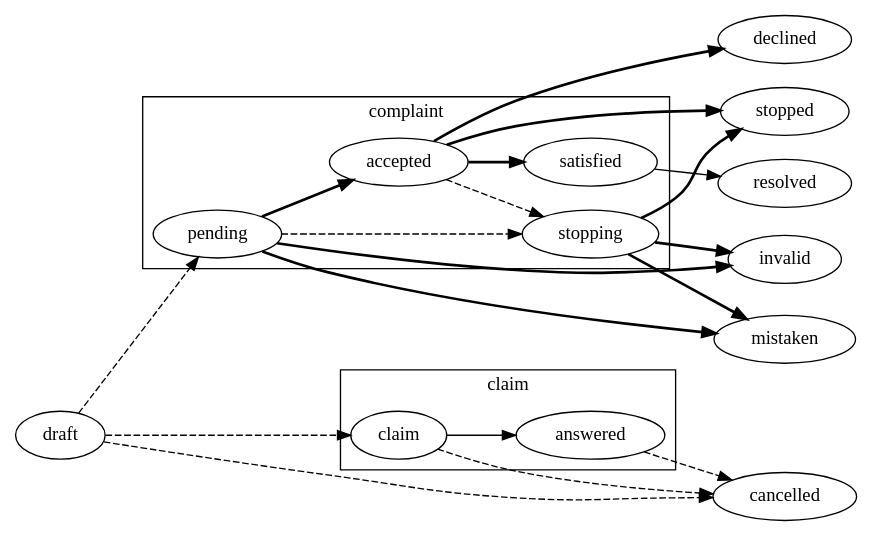
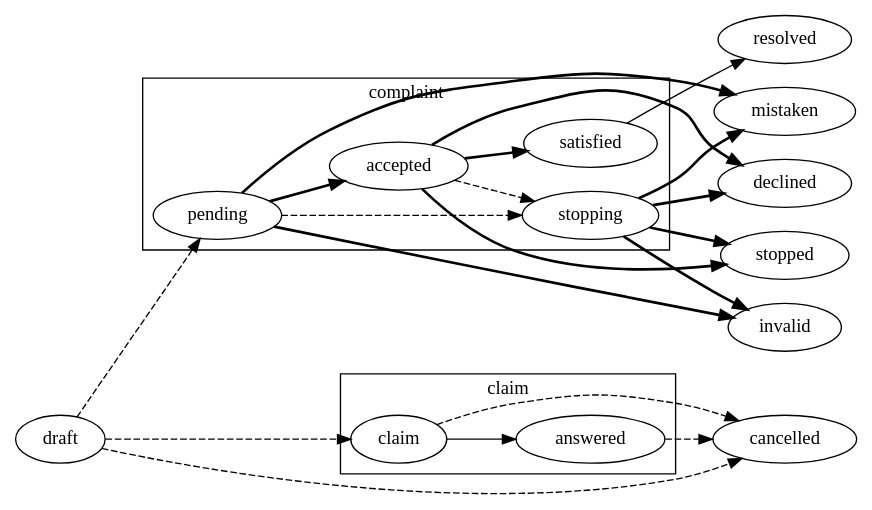
The second of 2 diagrams in docs/source/complaints.rst (ProzorroUKR/openprocurement.api), drawn with Graphviz before and after one commit. The commit also changed other lines of this file, not shown here.

Commit message:
update complaints workflow graph

```diff
--- a/docs/source/complaints.rst
+++ b/docs/source/complaints.rst
@@ -57,26 +57,26 @@
 .. graphviz::
 
     digraph G {
         rankdir=LR;
         {rank=same; mistaken; invalid; resolved; declined; stopped; cancelled;}
         subgraph cluster_complaint {
             label = "complaint";
             pending; accepted; stopping; satisfied;
         }
         subgraph cluster_claim {
             label = "claim";
             claim; answered;
         }
         claim -> answered;
         satisfied -> resolved;
         edge[style=dashed];
         draft -> {claim,pending};
         {draft,claim,answered} -> cancelled;
         pending -> stopping;
         accepted -> stopping;
         edge[style=bold];
         pending -> {accepted,invalid};
-        stopping -> {stopped,invalid};
+        stopping -> {stopped,invalid,declined};
         accepted -> {declined,satisfied,stopped};
         {pending;stopping} -> mistaken;
     }
```
